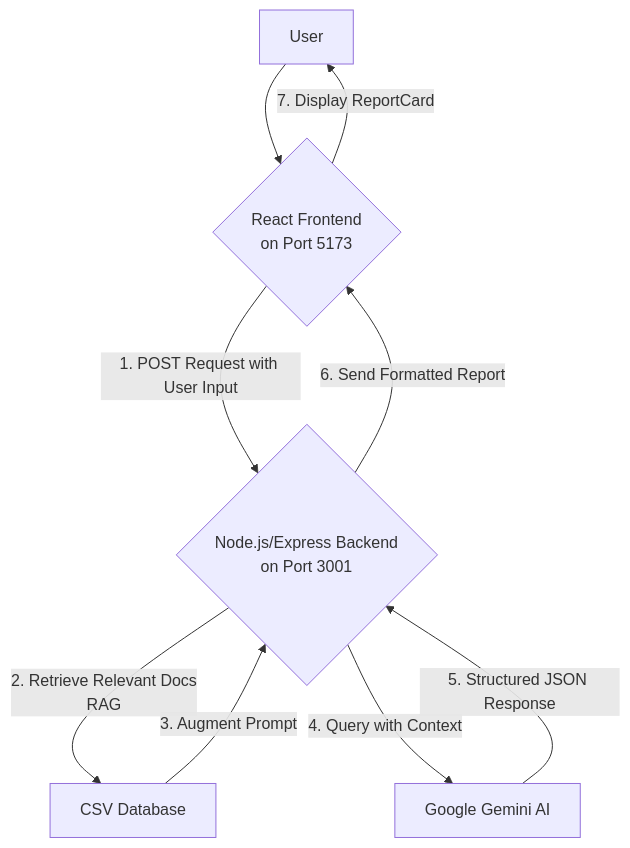
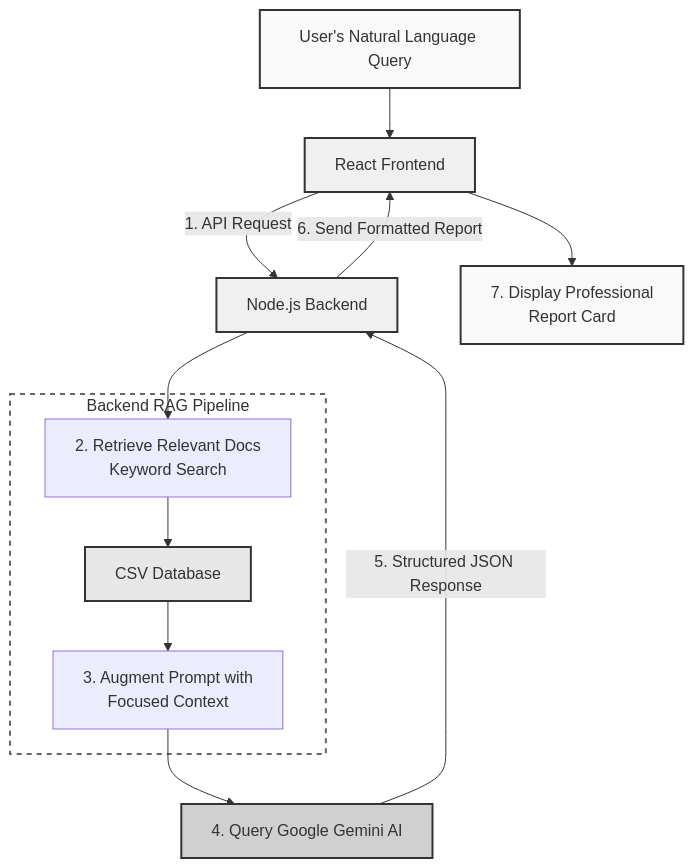
One commit to jayadeep8712/Road-Safety-GPT changed the diagram in README.md. Above: the diagram before and after it, drawn with Mermaid.

Commit message:
Updated Readme.md file

````diff
--- a/README.md
+++ b/README.md
@@ -41,11 +41,24 @@
 ```mermaid
 graph TD
-    A[User] --> B{React Frontend <br>on Port 5173}
-    B -->|1. POST Request with User Input| C{Node.js/Express Backend <br>on Port 3001}
-    C -->|2. Retrieve Relevant Docs <br>RAG| D[CSV Database]
-    D -->|3. Augment Prompt| C
-    C -->|4. Query with Context| E[Google Gemini AI]
+    A[User's Natural Language Query] --> B[React Frontend]
+    B -->|1. API Request| C[Node.js Backend]
+    
+    subgraph Backend["Backend RAG Pipeline"]
+        C1[2. Retrieve Relevant Docs<br/>Keyword Search] --> D[CSV Database]
+        D --> C2[3. Augment Prompt with<br/>Focused Context]
+    end
+    
+    C --> C1
+    C2 --> E[4. Query Google Gemini AI]
     E -->|5. Structured JSON Response| C
     C -->|6. Send Formatted Report| B
-    B -->|7. Display ReportCard| A
+    B --> G[7. Display Professional<br/>Report Card]
+    
+    style A fill:#f9f9f9,stroke:#333,stroke-width:2px
+    style B fill:#f0f0f0,stroke:#333,stroke-width:2px
+    style C fill:#f0f0f0,stroke:#333,stroke-width:2px
+    style D fill:#e8e8e8,stroke:#333,stroke-width:2px
+    style E fill:#d0d0d0,stroke:#333,stroke-width:2px
+    style G fill:#f9f9f9,stroke:#333,stroke-width:2px
+    style Backend fill:#ffffff,stroke:#666,stroke-width:2px,stroke-dasharray: 5 5
 ```
````
